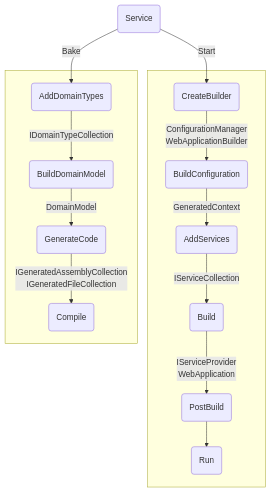
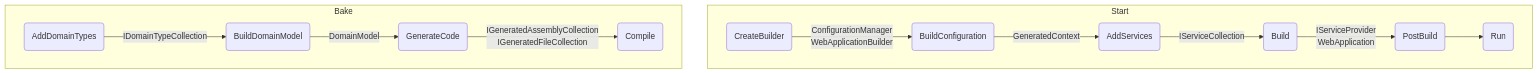
Before and after one commit to mouseless/baked: the diagram in docs/recipes/service.md, drawn with Mermaid. The commit also changed 1 other file, not shown here.

Commit message:
edit recipe phase diagrams

````diff
--- a/docs/recipes/service.md
+++ b/docs/recipes/service.md
@@ -77,44 +77,40 @@
 ```mermaid
 flowchart TD;
-    App(Service)
-    
     AD(AddDomainTypes)
     BD(BuildDomainModel)
     GC(GenerateCode)
     C(Compile)
 
-    App -->|Bake| AD
     AD -->|IDomainTypeCollection| BD
     BD -->|DomainModel| GC
     GC -->|IGeneratedAssemblyCollection\nIGeneratedFileCollection| C
 
     CB(CreateBuilder)
     BC(BuildConfiguration)
     AS(AddServices)
     B(Build)
     PB(PostBuild)
     R(Run)
 
-    App -->|Start| CB
     CB -->|ConfigurationManager\nWebApplicationBuilder| BC
     BC -->|GeneratedContext| AS
     AS -->|IServiceCollection| B
     B -->|IServiceProvider\nWebApplication|PB
     PB --> R
 
-    subgraph Start[ ]
+    subgraph Start
         CB
         BC
         AS
         B
         PB
         R
     end
 
-    subgraph Bake[ ]
+    subgraph Bake
         AD
         BD
         GC
         C
     end
 ```
````
